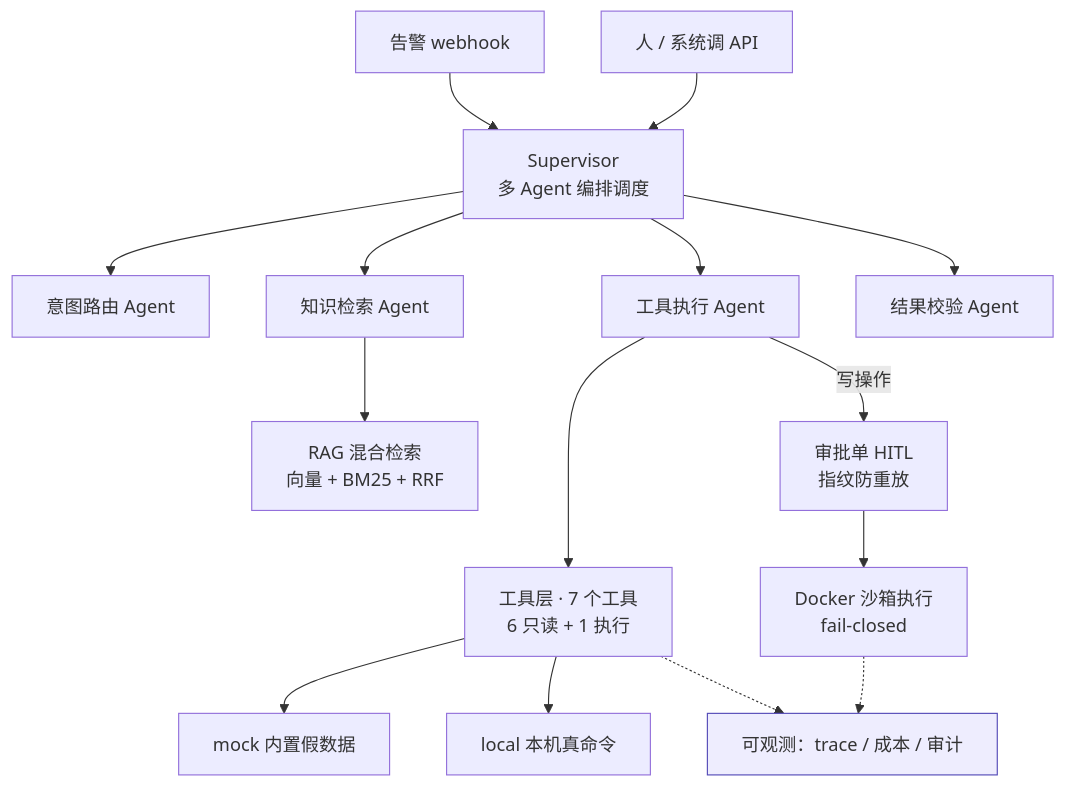
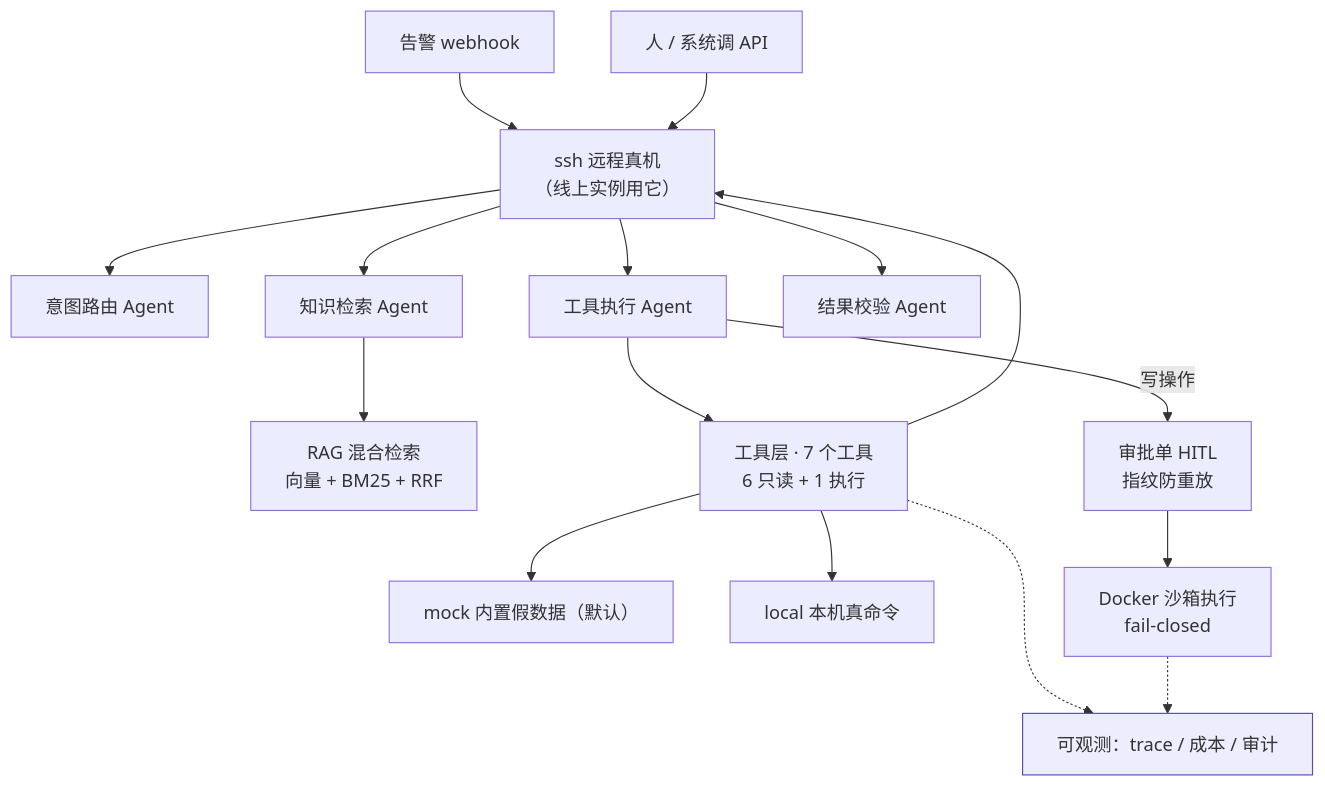
The diagram in README.md (wang-25/agentdesk), drawn with Mermaid before and after one commit. The commit also changed other lines of this file and 4 other files, not shown here.

````diff
--- a/README.md
+++ b/README.md
@@ -98,26 +99,27 @@
 ```mermaid
 flowchart TB
     S["Supervisor<br/>多 Agent 编排调度"]
 
     A1["告警 webhook"] --> S
     A2["人 / 系统调 API"] --> S
 
     S --> I["意图路由 Agent"]
     S --> K["知识检索 Agent"]
     S --> D["工具执行 Agent"]
     S --> V["结果校验 Agent"]
 
     K --> R["RAG 混合检索<br/>向量 + BM25 + RRF"]
     D --> T["工具层 · 7 个工具<br/>6 只读 + 1 执行"]
-    T --> M["mock 内置假数据"]
+    T --> M["mock 内置假数据（默认）"]
+    T --> S["ssh 远程真机<br/>（线上实例用它）"]
     T --> L["local 本机真命令"]
 
     D -->|写操作| H["审批单 HITL<br/>指纹防重放"]
     H --> C["Docker 沙箱执行<br/>fail-closed"]
 
     OBS["可观测：trace / 成本 / 审计"]:::obs
     T -.-> OBS
     C -.-> OBS
 
     classDef obs fill:#EEEDFE,stroke:#534AB7,stroke-width:1px
 ```
````
